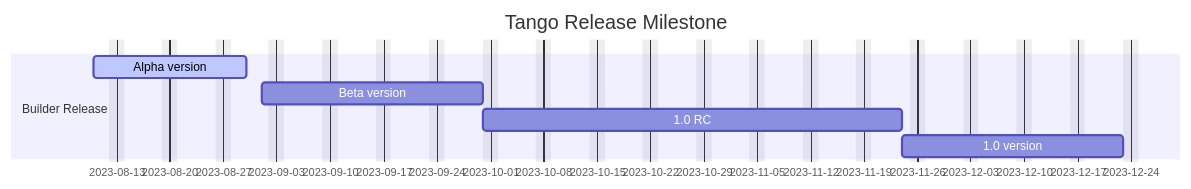
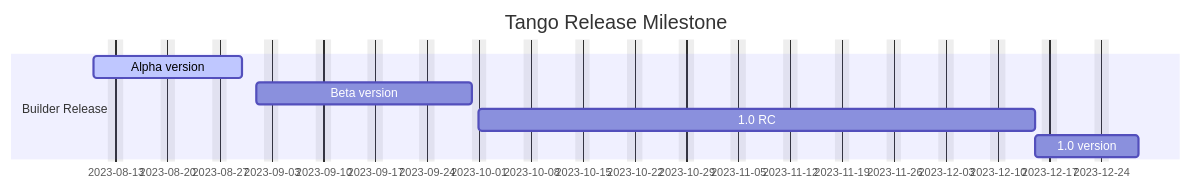
One commit to NetEase/tango changed the diagram in README.md. Above: the diagram before and after it, drawn with Mermaid. The commit also changed 1 other file, not shown here.

Commit message:
docs: update milestone

````diff
--- a/README.md
+++ b/README.md
@@ -40,13 +40,13 @@
 ```mermaid
 gantt
     dateFormat  YYYY-MM-DD
     title       Tango Release Milestone
     excludes    weekends
     %% (`excludes` accepts specific dates in YYYY-MM-DD format, days of the week ("sunday") or "weekends", but not the word "weekdays".)
 
     section Builder Release
-    Alpha version            :active,  des1, 2023-08-10, 2023-08-30
-    Beta version               :         des2, 2023-09-01, 2023-09-30
-    1.0 RC               :         des3, after des2, 40d
-    1.0 version              :         des4, after des3, 21d
+    Alpha version            :active,  m1, 2023-08-10, 2023-08-30
+    Beta version               :         m2, 2023-09-01, 2023-09-30
+    1.0 RC               :         m3, 2023-10-01, 2023-12-15
+    1.0 version              :         m4, after m3, 10d
 ```
````
